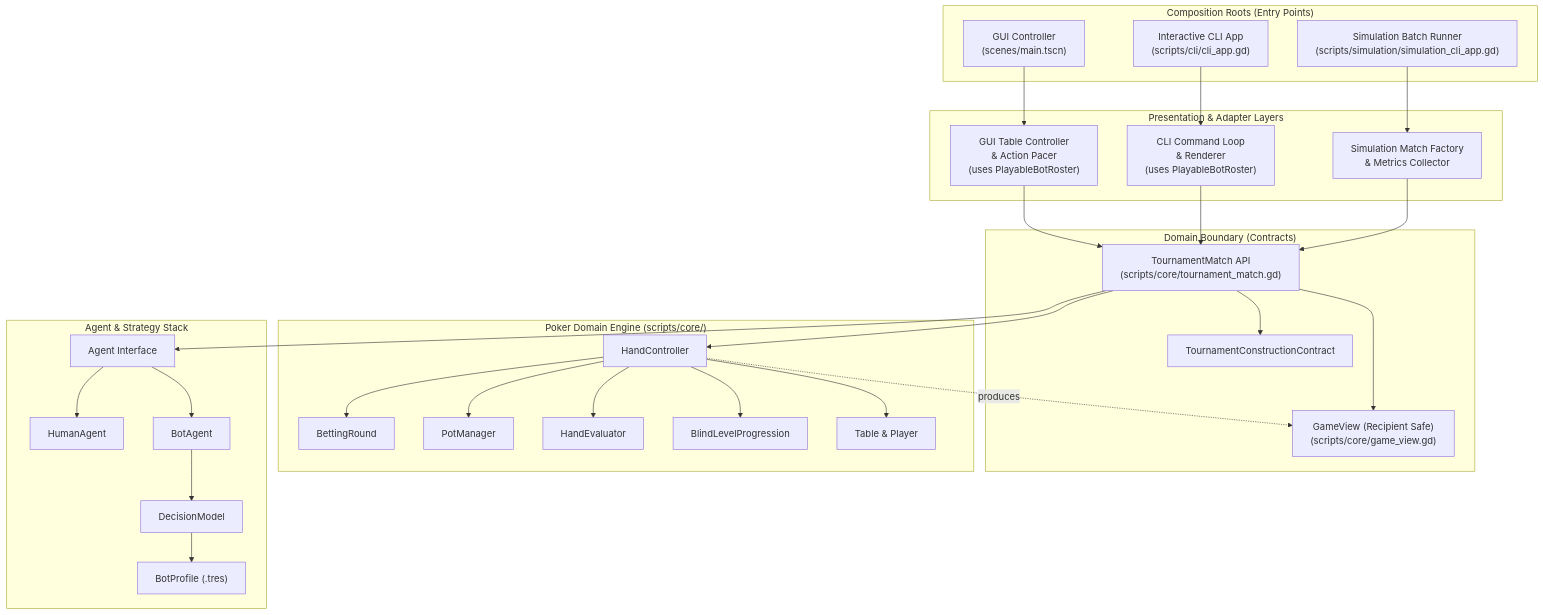
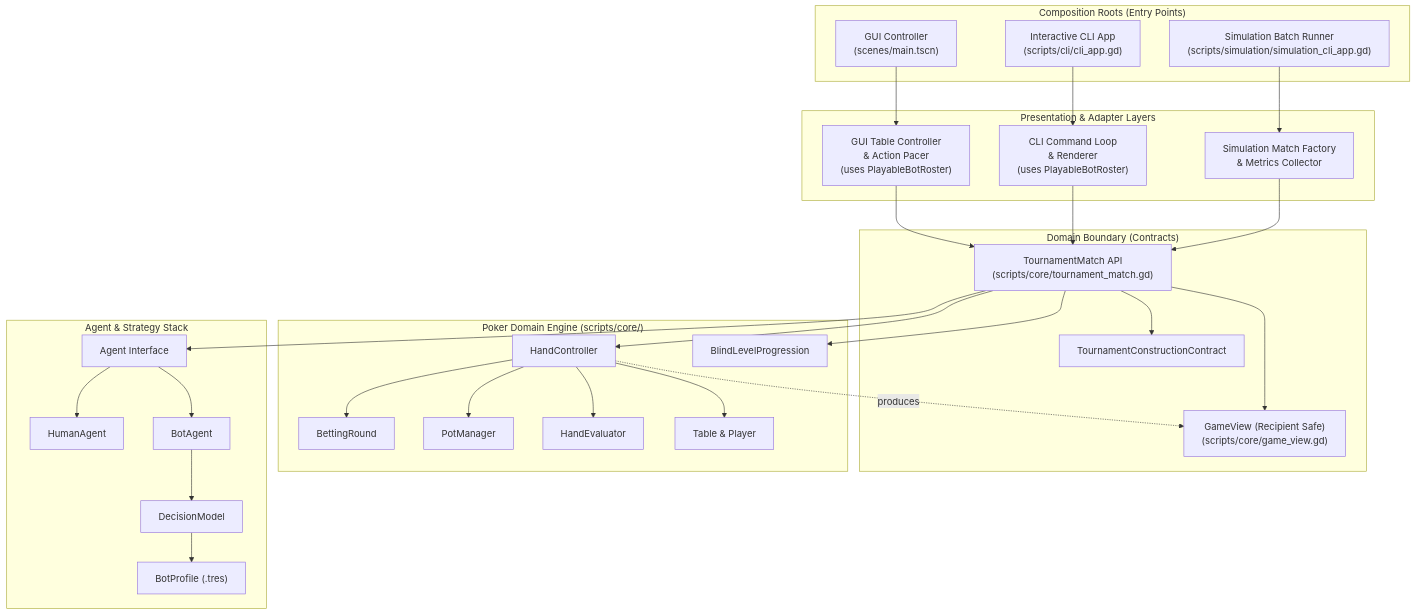
One commit to rofferdal/pokahdot changed the first of 3 diagrams in devdocs/reference/architecture.md. Above: the diagram before and after it, drawn with Mermaid. The commit also changed other lines of this file and 31 other files, not shown here.

````diff
--- a/devdocs/reference/architecture.md
+++ b/devdocs/reference/architecture.md
@@ -11,62 +11,62 @@
 ```mermaid
 flowchart TD
     subgraph CompositionRoots["Composition Roots (Entry Points)"]
         GUI_Root["GUI Controller\n(scenes/main.tscn)"]
         CLI_Root["Interactive CLI App\n(scripts/cli/cli_app.gd)"]
         SIM_Root["Simulation Batch Runner\n(scripts/simulation/simulation_cli_app.gd)"]
     end
 
     subgraph Adapters["Presentation & Adapter Layers"]
         GUI_Adapter["GUI Table Controller\n& Action Pacer\n(uses PlayableBotRoster)"]
         CLI_Adapter["CLI Command Loop\n& Renderer\n(uses PlayableBotRoster)"]
         SIM_Adapter["Simulation Match Factory\n& Metrics Collector"]
     end
 
     subgraph Boundaries["Domain Boundary (Contracts)"]
         TM["TournamentMatch API\n(scripts/core/tournament_match.gd)"]
         GV["GameView (Recipient Safe)\n(scripts/core/game_view.gd)"]
         TCC["TournamentConstructionContract"]
     end
 
     subgraph CoreEngine["Poker Domain Engine (scripts/core/)"]
         HC["HandController"]
         BR["BettingRound"]
         PM["PotManager"]
         HE["HandEvaluator"]
         BLP["BlindLevelProgression"]
         TBL["Table & Player"]
     end
 
     subgraph AgentLayer["Agent & Strategy Stack"]
         AG["Agent Interface"]
         HA["HumanAgent"]
         BA["BotAgent"]
         DM["DecisionModel"]
         BP["BotProfile (.tres)"]
     end
 
     GUI_Root --> GUI_Adapter
     CLI_Root --> CLI_Adapter
     SIM_Root --> SIM_Adapter
 
     GUI_Adapter --> TM
     CLI_Adapter --> TM
     SIM_Adapter --> TM
 
     TM --> HC
     HC --> BR
     HC --> PM
     HC --> HE
-    HC --> BLP
+    TM --> BLP
     HC --> TBL
 
     TM --> GV
     TM --> TCC
     HC -.->|produces| GV
 
     TM --> AG
     AG --> HA
     AG --> BA
     BA --> DM
     DM --> BP
 ```
````
